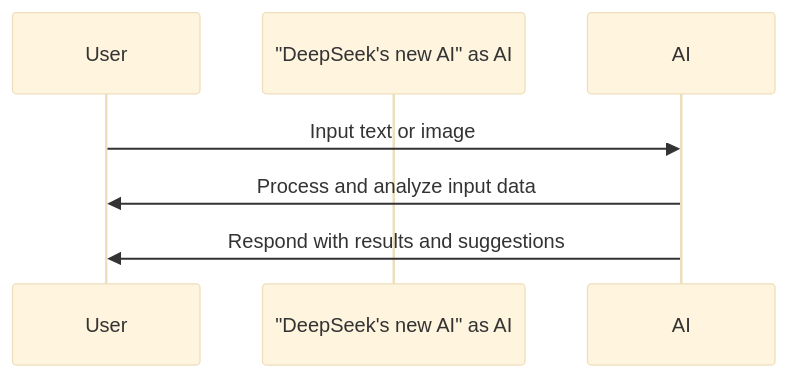
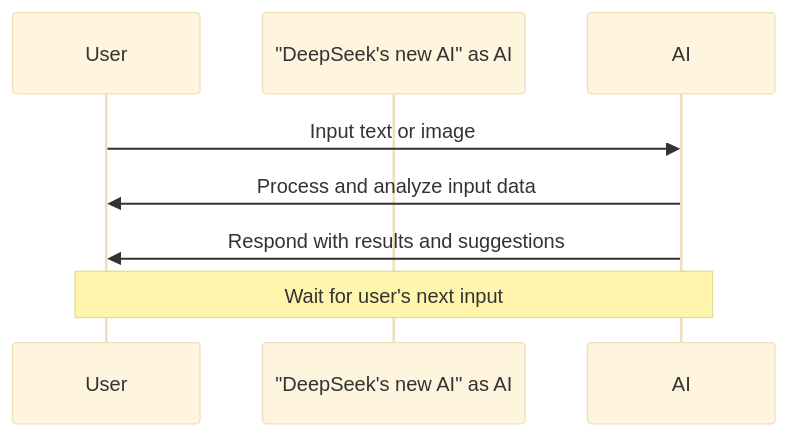
Before and after one commit to a920604a/engineernews: the diagram in src/content/posts/tech/_2026-05-23-deepseeks-new-ai-is-a-game-changer.en.md, drawn with Mermaid (base theme). The commit also changed 4 other files, not shown here.

Commit message:
fix: auto-fix mermaid syntax errors in posts

````diff
--- a/src/content/posts/tech/_2026-05-23-deepseeks-new-ai-is-a-game-changer.en.md
+++ b/src/content/posts/tech/_2026-05-23-deepseeks-new-ai-is-a-game-changer.en.md
@@ -29,8 +29,9 @@
 ```mermaid
 sequenceDiagram
     participant User as User
     participant "DeepSeek's new AI" as AI
     User->>AI: Input text or image
     AI->>User: Process and analyze input data
     AI->>User: Respond with results and suggestions
+    Note over User,AI: Wait for user's next input
 ```
````
